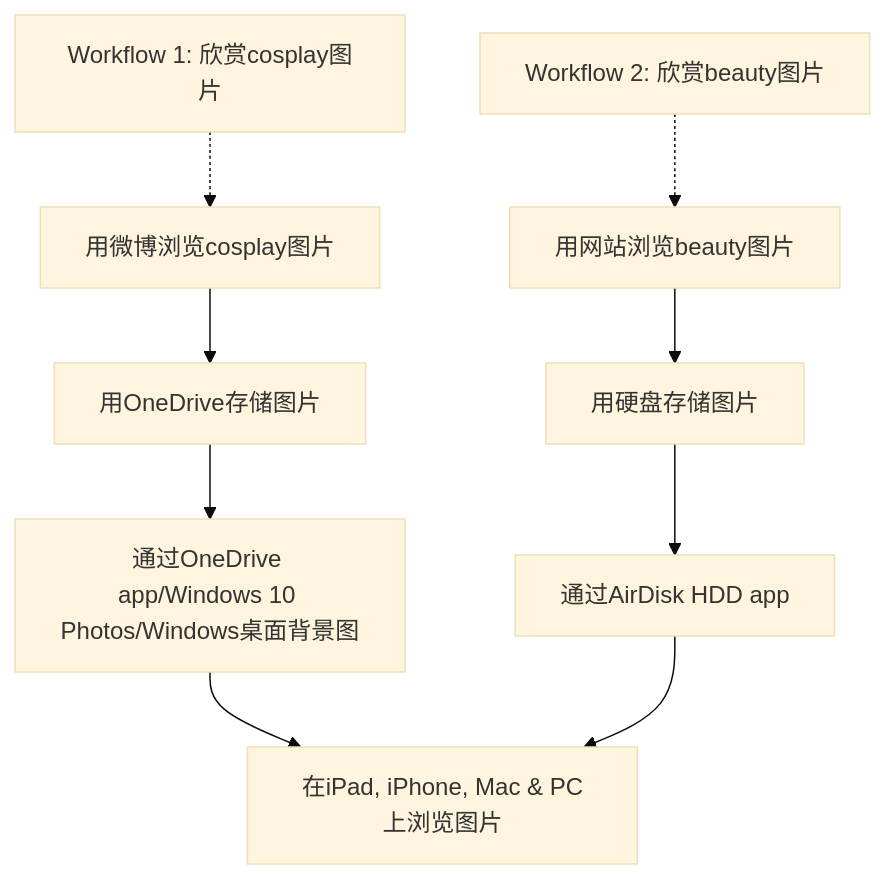
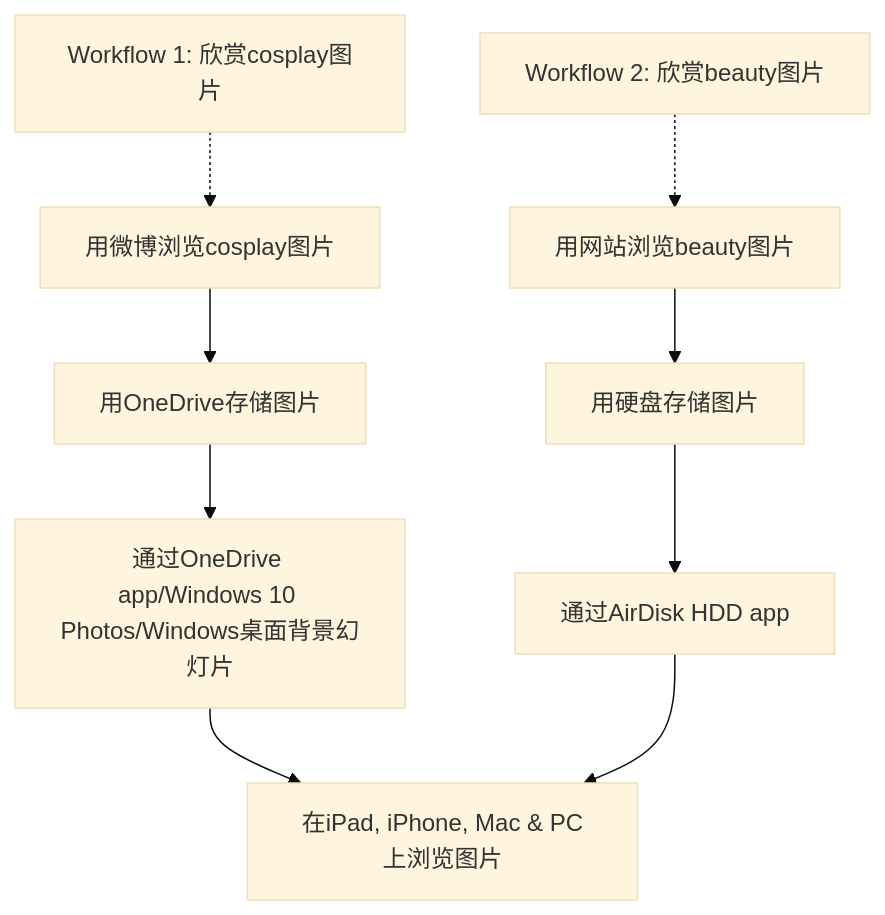
One commit to goooooouwa/writings changed the diagram in _posts/productivity/2021-03-28-picture-viewing-setup.md. Above: the diagram before and after it, drawn with Mermaid (base theme).

```diff
--- a/_posts/productivity/2021-03-28-picture-viewing-setup.md
+++ b/_posts/productivity/2021-03-28-picture-viewing-setup.md
@@ -9,16 +9,16 @@
 <div class="mermaid">
     graph TD
     T1[Workflow 1: 欣赏cosplay图片] -.-> A
 
     A[用微博浏览cosplay图片]
     A --> F[用OneDrive存储图片]
-    F --> B[通过OneDrive app/Windows 10 Photos/Windows桌面背景图]
+    F --> B[通过OneDrive app/Windows 10 Photos/Windows桌面背景幻灯片]
     B --> D[在iPad, iPhone, Mac & PC上浏览图片]
 
     T2[Workflow 2: 欣赏beauty图片] -.-> G
 
     G[用网站浏览beauty图片]
     G --> H[用硬盘存储图片]
     H --> C[通过AirDisk HDD app]
     C --> D
 </div>
```
